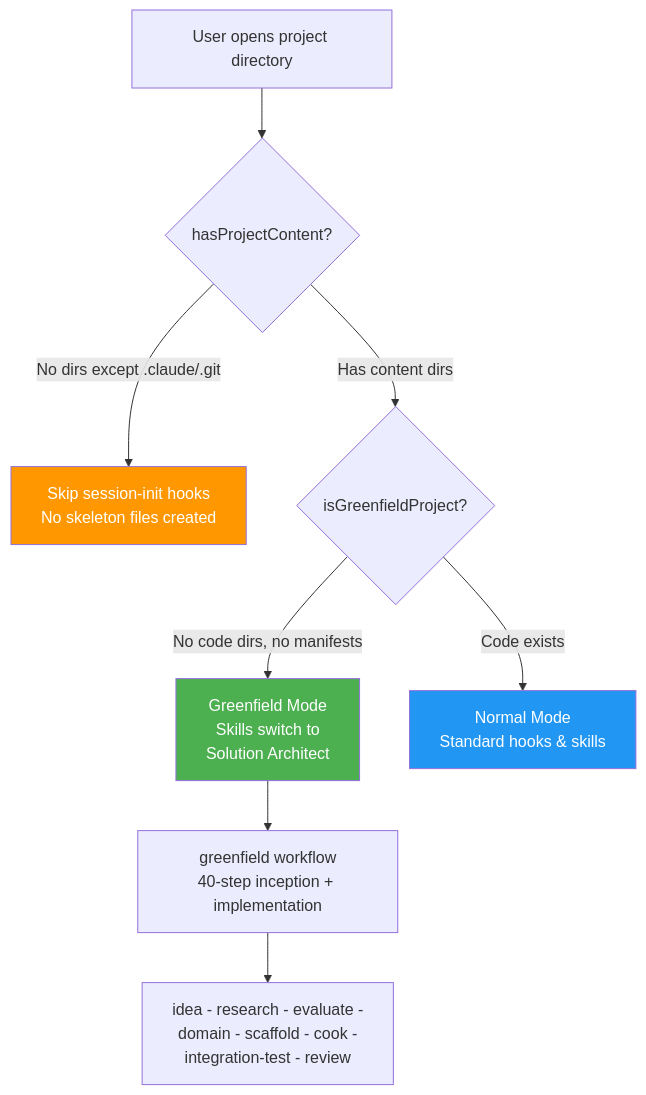
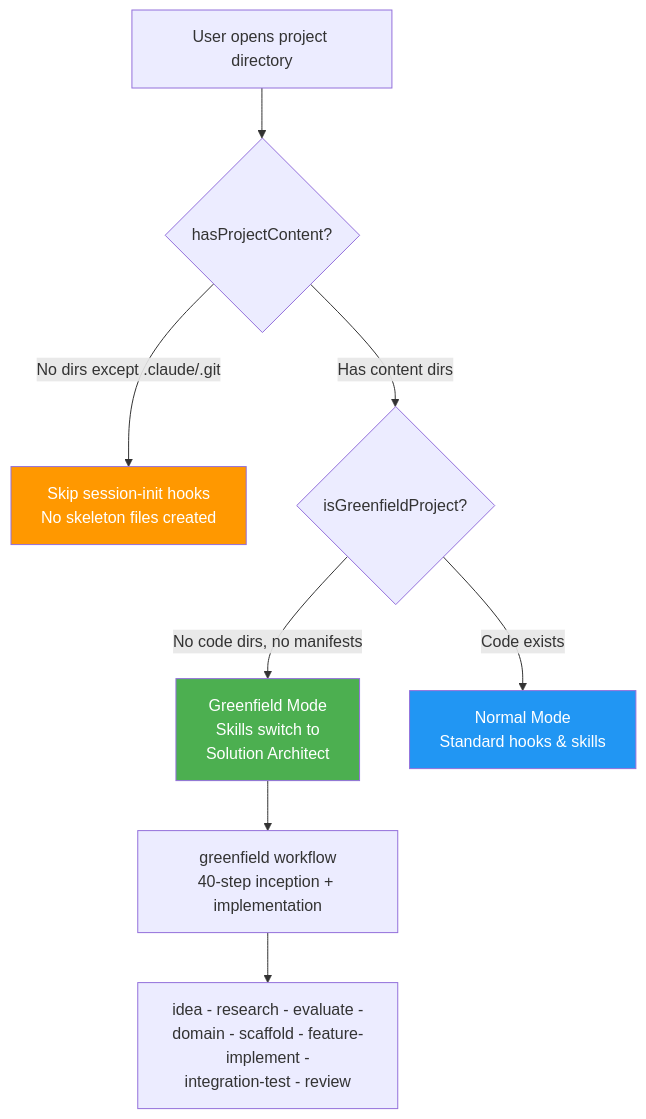
Diagram 15 of 20 in .claude/docs/claude-ai-agent-framework-guide.md (duc01226/easy-claude), drawn with Mermaid before and after one commit. The commit also changed other lines of this file and 212 other files, not shown here.

````diff
--- a/.claude/docs/claude-ai-agent-framework-guide.md
+++ b/.claude/docs/claude-ai-agent-framework-guide.md
@@ -2130,15 +2129,15 @@
 ```mermaid
 flowchart TB
     A[User opens project directory] --> B{hasProjectContent?}
     B -->|No dirs except .claude/.git| C[Skip session-init hooks<br/>No skeleton files created]
     B -->|Has content dirs| D{isGreenfieldProject?}
     D -->|No code dirs, no manifests| E[Greenfield Mode<br/>Skills switch to<br/>Solution Architect]
     D -->|Code exists| F[Normal Mode<br/>Standard hooks & skills]
 
     E --> G["greenfield workflow<br/>40-step inception + implementation"]
-    G --> H["idea - research - evaluate -<br/>domain - scaffold - cook -<br/>integration-test - review"]
+    G --> H["idea - research - evaluate -<br/>domain - scaffold - feature-implement -<br/>integration-test - review"]
 
     style C fill:#FF9800,color:white
     style E fill:#4CAF50,color:white
     style F fill:#2196F3,color:white
 ```
````
